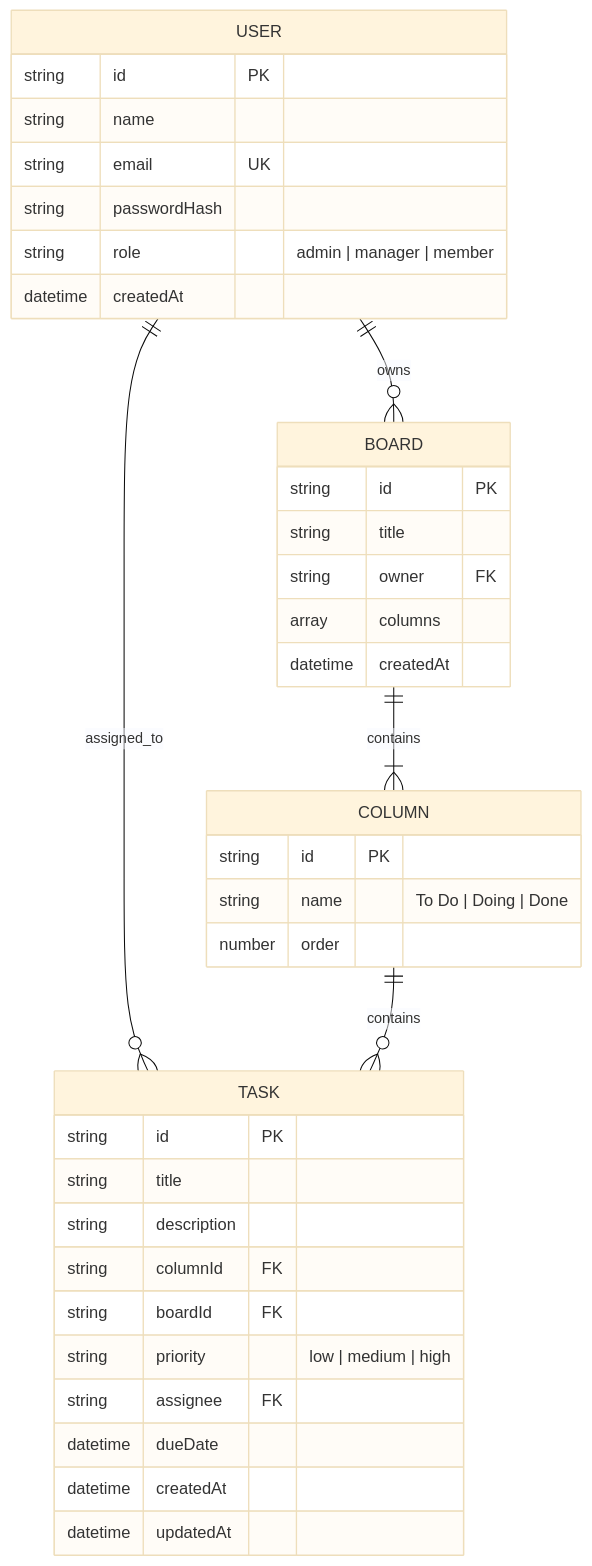
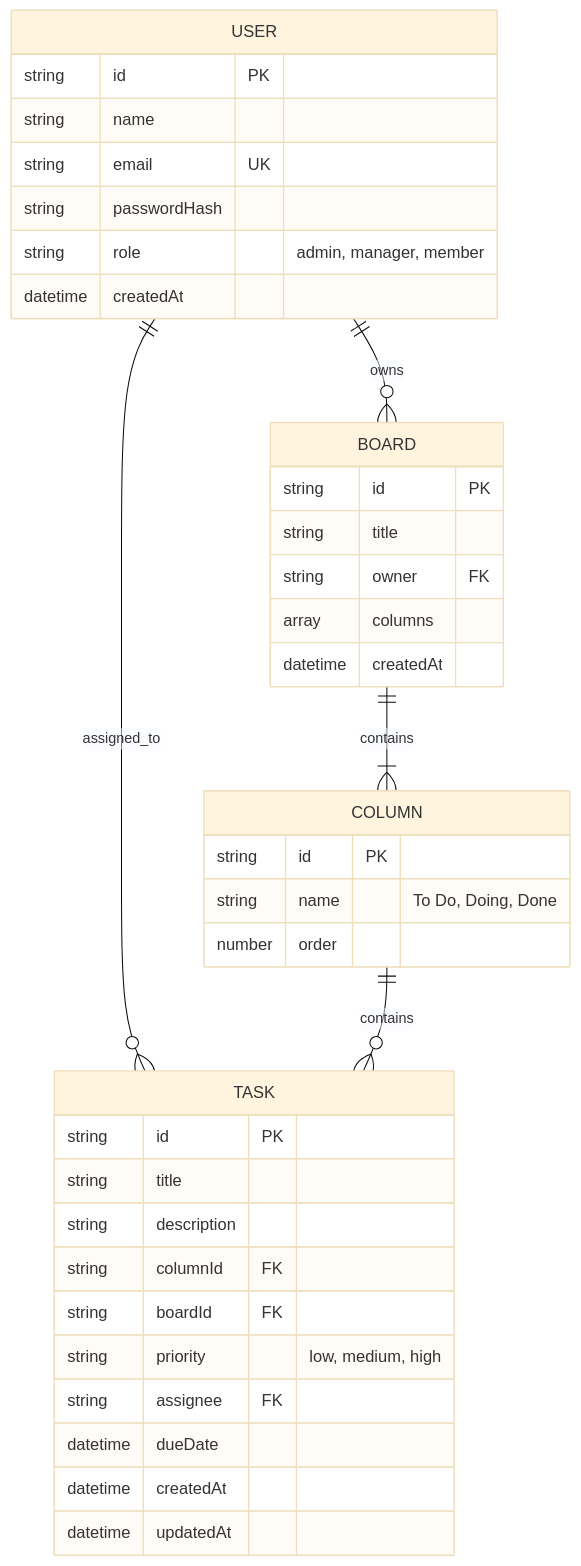
The third of 3 diagrams in README.md (nschandunu/full_stack_workshop), drawn with Mermaid (base theme) before and after one commit. The commit also changed other lines of this file, not shown here.

Commit message:
Fix Mermaid diagram edge label parsing syntax

````diff
--- a/README.md
+++ b/README.md
@@ -322,43 +322,43 @@
 ```mermaid
 erDiagram
     USER ||--o{ BOARD : owns
     USER ||--o{ TASK : assigned_to
     BOARD ||--|{ COLUMN : contains
     COLUMN ||--o{ TASK : contains
 
     USER {
         string id PK
         string name
         string email UK
         string passwordHash
-        string role "admin | manager | member"
+        string role "admin, manager, member"
         datetime createdAt
     }
 
     BOARD {
         string id PK
         string title
         string owner FK
         array columns
         datetime createdAt
     }
 
     COLUMN {
         string id PK
-        string name "To Do | Doing | Done"
+        string name "To Do, Doing, Done"
         number order
     }
 
     TASK {
         string id PK
         string title
         string description
         string columnId FK
         string boardId FK
-        string priority "low | medium | high"
+        string priority "low, medium, high"
         string assignee FK
         datetime dueDate
         datetime createdAt
         datetime updatedAt
     }
 ```
````
